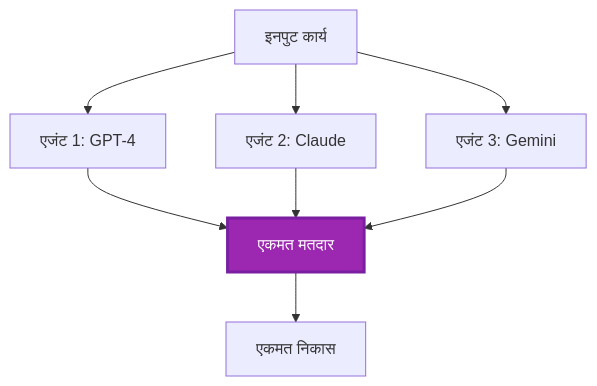
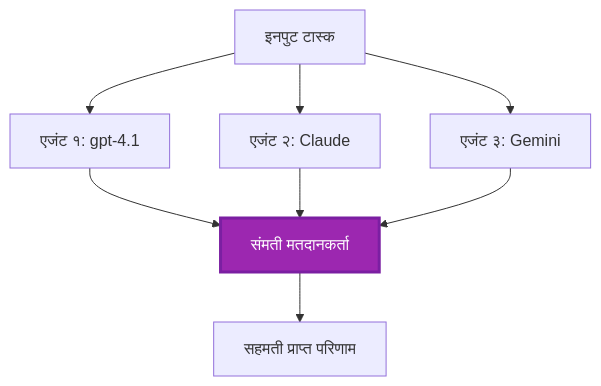
One commit to microsoft/AZD-for-beginners changed the fifth of 6 diagrams in translations/mr/docs/chapter-06-pre-deployment/coordination-patterns.md. Above: the diagram before and after it, drawn with Mermaid. The commit also changed other lines of this file and 101 other files, not shown here.

````diff
--- a/translations/mr/docs/chapter-06-pre-deployment/coordination-patterns.md
+++ b/translations/mr/docs/chapter-06-pre-deployment/coordination-patterns.md
@@ -231,19 +225,19 @@
 ```mermaid
 graph TB
-    Input[इनपुट कार्य]
-    Agent1[एजंट 1: GPT-4]
-    Agent2[एजंट 2: Claude]
-    Agent3[एजंट 3: Gemini]
-    Voter[एकमत मतदार]
-    Output[एकमत निकास]
+    Input[इनपुट टास्क]
+    Agent1[एजंट १: gpt-4.1]
+    Agent2[एजंट २: Claude]
+    Agent3[एजंट ३: Gemini]
+    Voter[संमती मतदानकर्ता]
+    Output[सहमती प्राप्त परिणाम]
     
     Input --> Agent1
     Input --> Agent2
     Input --> Agent3
     Agent1 --> Voter
     Agent2 --> Voter
     Agent3 --> Voter
     Voter --> Output
     
     style Voter fill:#9C27B0,stroke:#7B1FA2,stroke-width:3px,color:#fff
 ```
````
